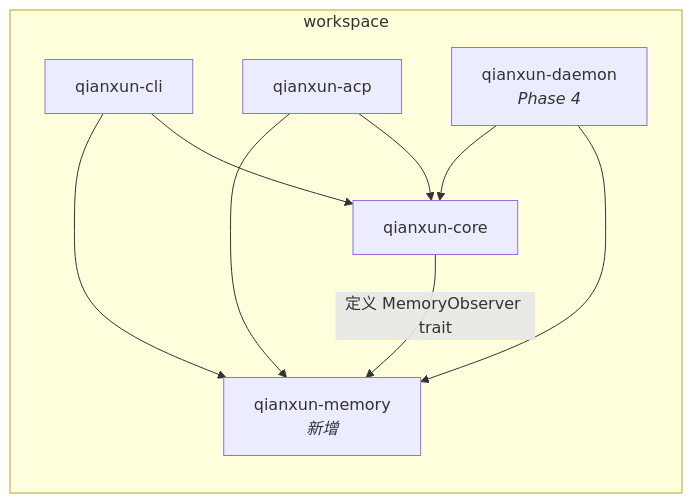
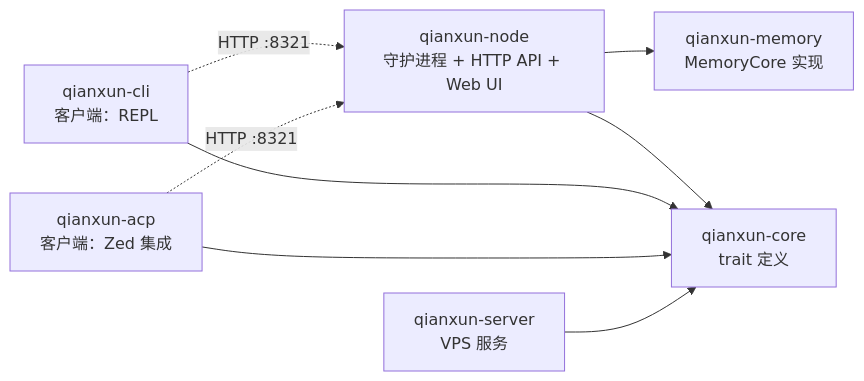
Before and after one commit to imxood/qianxun: the second of 3 diagrams in docs/architecture.md, drawn with Mermaid. The commit also changed other lines of this file and 1 other file, not shown here.

First line of the commit message:
docs: 拆分 architecture.md — 系统架构与记忆子系统独立文档

````diff
--- a/docs/architecture.md
+++ b/docs/architecture.md
@@ -75,27 +71,17 @@
 ```mermaid
 graph LR
-    subgraph workspace
-        CORE[qianxun-core]
-        MEM[qianxun-memory
-            <i>新增</i>]
-        CLI[qianxun-cli]
-        ACP[qianxun-acp]
-        DAEMON[qianxun-daemon
-            <i>Phase 4</i>]
-    end
+    CORE[qianxun-core<br/>trait 定义]
+    MEM[qianxun-memory<br/>MemoryCore 实现]
+    CLI[qianxun-cli<br/>客户端：REPL]
+    ACP[qianxun-acp<br/>客户端：Zed 集成]
+    SRV[qianxun-server<br/>VPS 服务]
+    NODE[qianxun-node<br/>守护进程 + HTTP API + Web UI]
 
-    %% core 定义 MemoryObserver trait，不依赖 memory crate
-    CORE -->|定义 MemoryObserver trait| MEM
-    
-    %% cli 依赖 core + memory
+    CLI -.->|HTTP :8321| NODE
+    ACP -.->|HTTP :8321| NODE
+    NODE --> MEM
+    NODE --> CORE
     CLI --> CORE
-    CLI --> MEM
-    
-    %% acp 同样依赖两者
     ACP --> CORE
-    ACP --> MEM
-    
-    %% daemon 依赖 memory（独占 redb）+ core
-    DAEMON --> MEM
-    DAEMON --> CORE
+    SRV --> CORE
 ```
````
